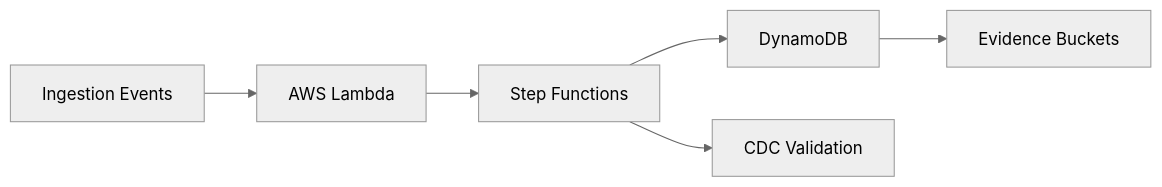
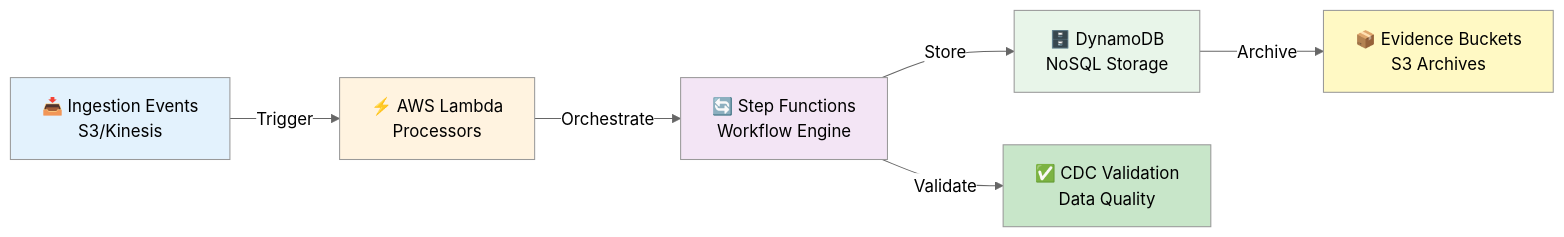
Before and after one commit to samueljackson-collab/Samueljackson-collab: the eighth of 28 diagrams in README.md, drawn with Mermaid (neutral theme). The commit also changed other lines of this file, not shown here.

Commit message:
Enhanced all diagrams with detailed labels, icons, and styling

````diff
--- a/README.md
+++ b/README.md
@@ -304,8 +350,15 @@
 ```mermaid
 flowchart LR
-  Events[Ingestion Events] --> Lambda[AWS Lambda]
-  Lambda --> Steps[Step Functions]
-  Steps --> Dynamo[DynamoDB]
-  Steps --> CDC[CDC Validation]
-  Dynamo --> Reports[Evidence Buckets]
+  Events[📥 Ingestion Events<br/>S3/Kinesis] -->|Trigger| Lambda[⚡ AWS Lambda<br/>Processors]
+  Lambda -->|Orchestrate| Steps[🔄 Step Functions<br/>Workflow Engine]
+  Steps -->|Store| Dynamo[🗄️ DynamoDB<br/>NoSQL Storage]
+  Steps -->|Validate| CDC[✅ CDC Validation<br/>Data Quality]
+  Dynamo -->|Archive| Reports[📦 Evidence Buckets<br/>S3 Archives]
+  
+  style Events fill:#e3f2fd
+  style Lambda fill:#fff3e0
+  style Steps fill:#f3e5f5
+  style Dynamo fill:#e8f5e9
+  style CDC fill:#c8e6c9
+  style Reports fill:#fff9c4
 ```
````
